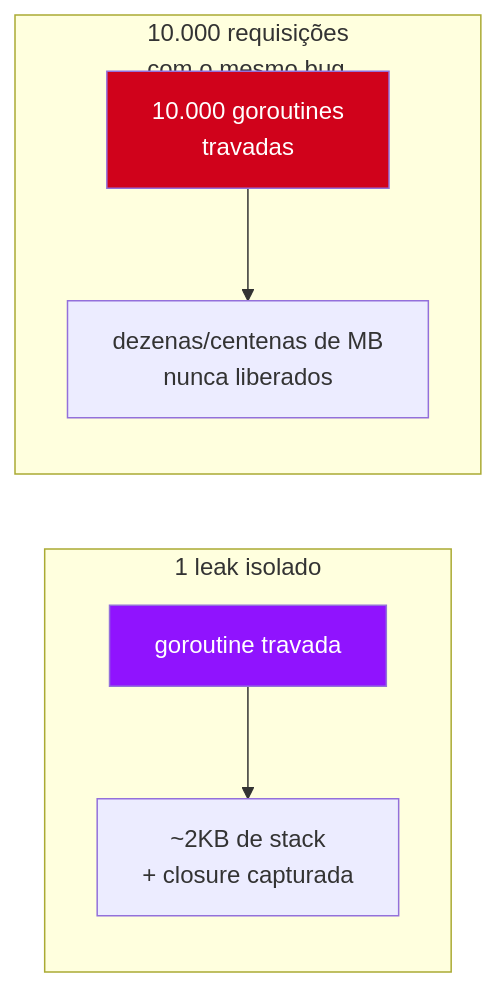
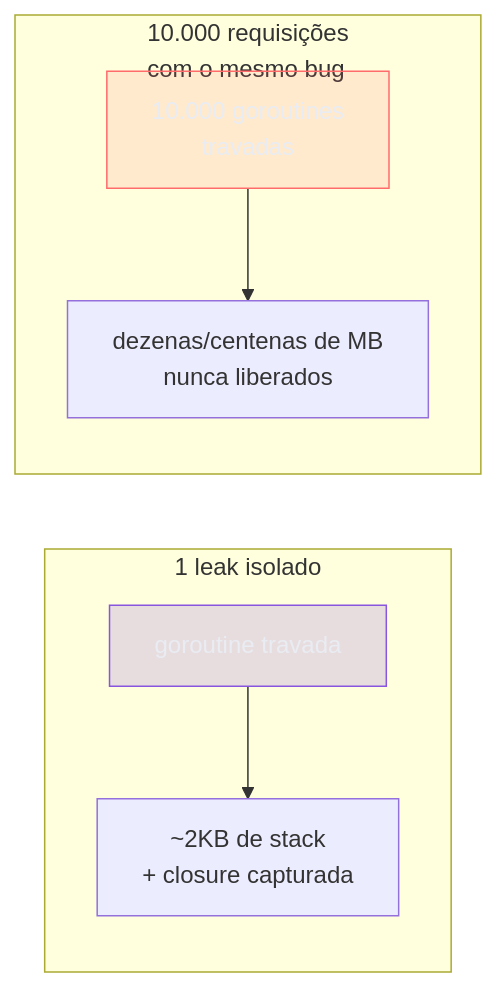
One commit to josenaldo/codex-technomanticus changed the fourth of 4 diagrams in 03-Dominios/Tecnologia/Go/08 - Channels e select/08 - Armadilhas de channels.md. Above: the diagram before and after it, drawn with Mermaid. The commit also changed other lines of this file and 1181 other files, not shown here.

First line of the commit message:
fix(diagramas): paleta do sistema no lugar de cor cravada no markdown

````diff
--- a/03-Dominios/Tecnologia/Go/08 - Channels e select/08 - Armadilhas de channels.md
+++ b/03-Dominios/Tecnologia/Go/08 - Channels e select/08 - Armadilhas de channels.md
@@ -359,12 +364,14 @@
 ```mermaid
 flowchart LR
+    classDef marca fill:#8855DF33,stroke:#8855DF,color:#E9ECF2
+    classDef falha fill:#FF6B6B24,stroke:#FF6B6B,color:#E9ECF2
     subgraph "1 leak isolado"
         L1["goroutine travada"] --> M1["~2KB de stack\n+ closure capturada"]
     end
     subgraph "10.000 requisições\ncom o mesmo bug"
         L2["10.000 goroutines\ntravadas"] --> M2["dezenas/centenas de MB\nnunca liberados"]
     end
 
-    style L1 fill:#9013FE,color:#fff
-    style L2 fill:#D0021B,color:#fff
+    class L1 marca
+    class L2 falha
 ```
````
